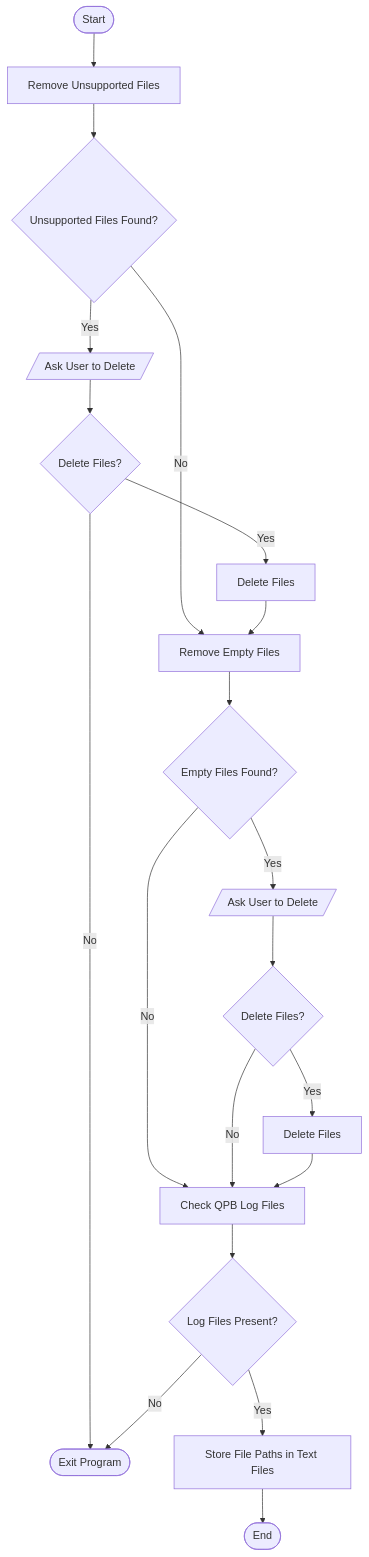
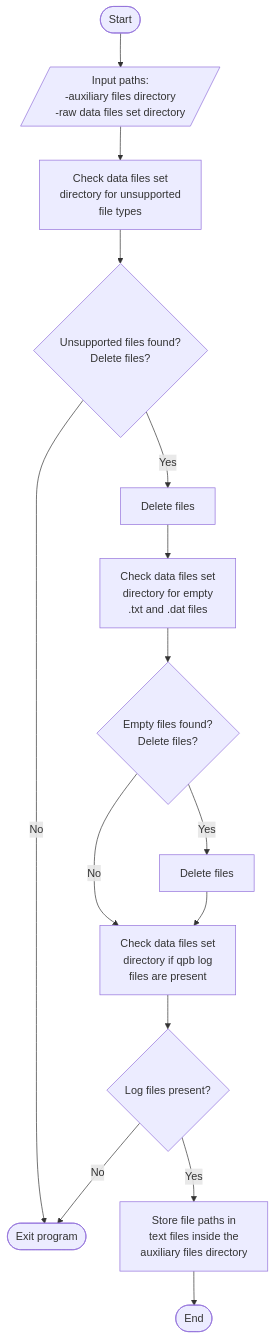
One commit to Stylianos29/qpb_data_analysis changed the diagram in docs/Flowcharts/validate_qpb_data_files.md. Above: the diagram before and after it, drawn with Mermaid.

Commit message:
Changed its format

````diff
--- a/docs/Flowcharts/validate_qpb_data_files.md
+++ b/docs/Flowcharts/validate_qpb_data_files.md
@@ -3,31 +3,50 @@
 ```mermaid
-
 flowchart TD
-    Start([Start]) --> RemoveUnsupported[Remove Unsupported Files]
-    RemoveUnsupported --> UnsupportedFiles{Unsupported Files Found?}
     
-    UnsupportedFiles -- Yes --> AskUser[/Ask User to Delete/]
-    UnsupportedFiles -- No --> RemoveEmpty[Remove Empty Files]
+    Start([Start]) --> Inputs[/Input paths:
+    -auxiliary files directory
+    -raw data files set directory
+    /]
     
-    AskUser --> UserResponse{Delete Files?}
-    UserResponse -- Yes --> DeleteFiles[Delete Files]
-    UserResponse -- No --> Exit([Exit Program])
+    %% Script checks for unsupported file types
+    Inputs --> RemoveUnsupported[
+        Check data files set 
+        directory for unsupported 
+        file types
+        ]
+    RemoveUnsupported --> UnsupportedFiles{
+        Unsupported files found?
+        Delete files?
+        }
+    UnsupportedFiles -- Yes --> DeleteFiles[Delete files]
+    UnsupportedFiles -- No --> Exit([Exit program])
     
-    DeleteFiles --> RemoveEmpty
+    %% Script checks for empty file types
+    DeleteFiles --> RemoveEmpty[
+        Check data files set 
+        directory for empty 
+        .txt and .dat files
+        ]
+    RemoveEmpty --> EmptyFiles{
+        Empty files found?
+        Delete files?
+        }
+    EmptyFiles -- Yes --> DeleteEmptyFiles[Delete files]
+    EmptyFiles -- No --> CheckQPB
     
-    RemoveEmpty --> EmptyFiles{Empty Files Found?}
-    EmptyFiles -- Yes --> AskUserEmpty[/Ask User to Delete/]
-    EmptyFiles -- No --> CheckQPB[Check QPB Log Files]
-    
-    AskUserEmpty --> UserResponseEmpty{Delete Files?}
-    UserResponseEmpty -- Yes --> DeleteEmptyFiles[Delete Files]
-    UserResponseEmpty -- No --> CheckQPB
-    
-    DeleteEmptyFiles --> CheckQPB
-    
-    CheckQPB --> LogFiles{Log Files Present?}
+    %% Script checks qpb log files are present indeed
+    DeleteEmptyFiles --> CheckQPB[
+        Check data files set 
+        directory if qpb log 
+        files are present
+        ]
+    CheckQPB --> LogFiles{Log files present?}
     LogFiles -- No --> Exit
-    LogFiles -- Yes --> StorePaths[Store File Paths in Text Files]
+    LogFiles -- Yes --> StorePaths[
+        Store file paths in 
+        text files inside the 
+        auxiliary files directory
+        ]
     
     StorePaths --> End([End])
 ```
````
